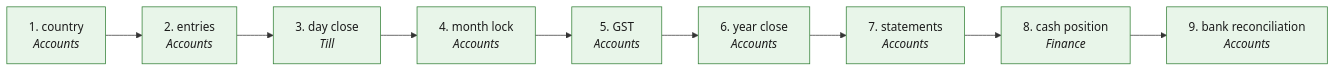
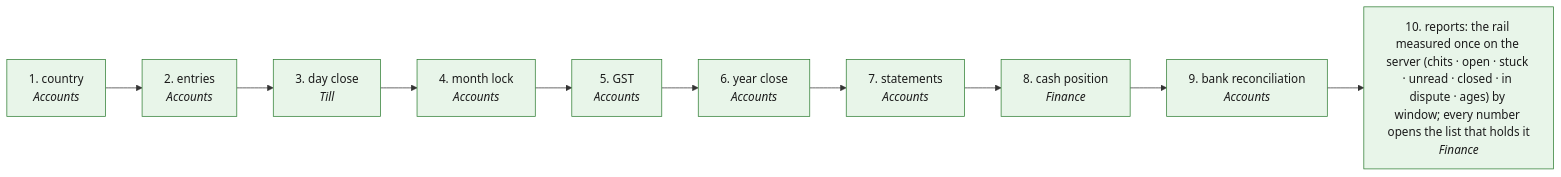
The diagram in docs/process/R2R.md (maharishia07/chitbridge-web), drawn with Mermaid before and after one commit. The commit also changed other lines of this file and 16 other files, not shown here.

First line of the commit message:
feat(web): T3-P4-ACCOUNT — CB Settings › Account (Sessions · every device · keys door · Vault) and CB Finance › Reports over the server's one measurement

````diff
--- a/docs/process/R2R.md
+++ b/docs/process/R2R.md
@@ -7,17 +7,18 @@
 ```mermaid
 flowchart LR
   S1["1. country<br/><i>Accounts</i>"]
   S2["2. entries<br/><i>Accounts</i>"]
   S3["3. day close<br/><i>Till</i>"]
   S4["4. month lock<br/><i>Accounts</i>"]
   S5["5. GST<br/><i>Accounts</i>"]
   S6["6. year close<br/><i>Accounts</i>"]
   S7["7. statements<br/><i>Accounts</i>"]
   S8["8. cash position<br/><i>Finance</i>"]
   S9["9. bank reconciliation<br/><i>Accounts</i>"]
-  S1 --> S2 --> S3 --> S4 --> S5 --> S6 --> S7 --> S8 --> S9
+  S10["10. reports: the rail measured once on the server (chits · open · stuck · unread · closed · in dispute · ages) by window; every number opens the list that holds it<br/><i>Finance</i>"]
+  S1 --> S2 --> S3 --> S4 --> S5 --> S6 --> S7 --> S8 --> S9 --> S10
   classDef ok fill:#e8f5e9,stroke:#2e7d32,color:#1b1b1b
   classDef warn fill:#fff8e1,stroke:#f9a825,color:#1b1b1b
   classDef missing fill:#fafafa,stroke:#9e9e9e,stroke-dasharray:5 5,color:#616161
-  class S1,S2,S3,S4,S5,S6,S7,S8,S9 ok
+  class S1,S2,S3,S4,S5,S6,S7,S8,S9,S10 ok
 ```
````
